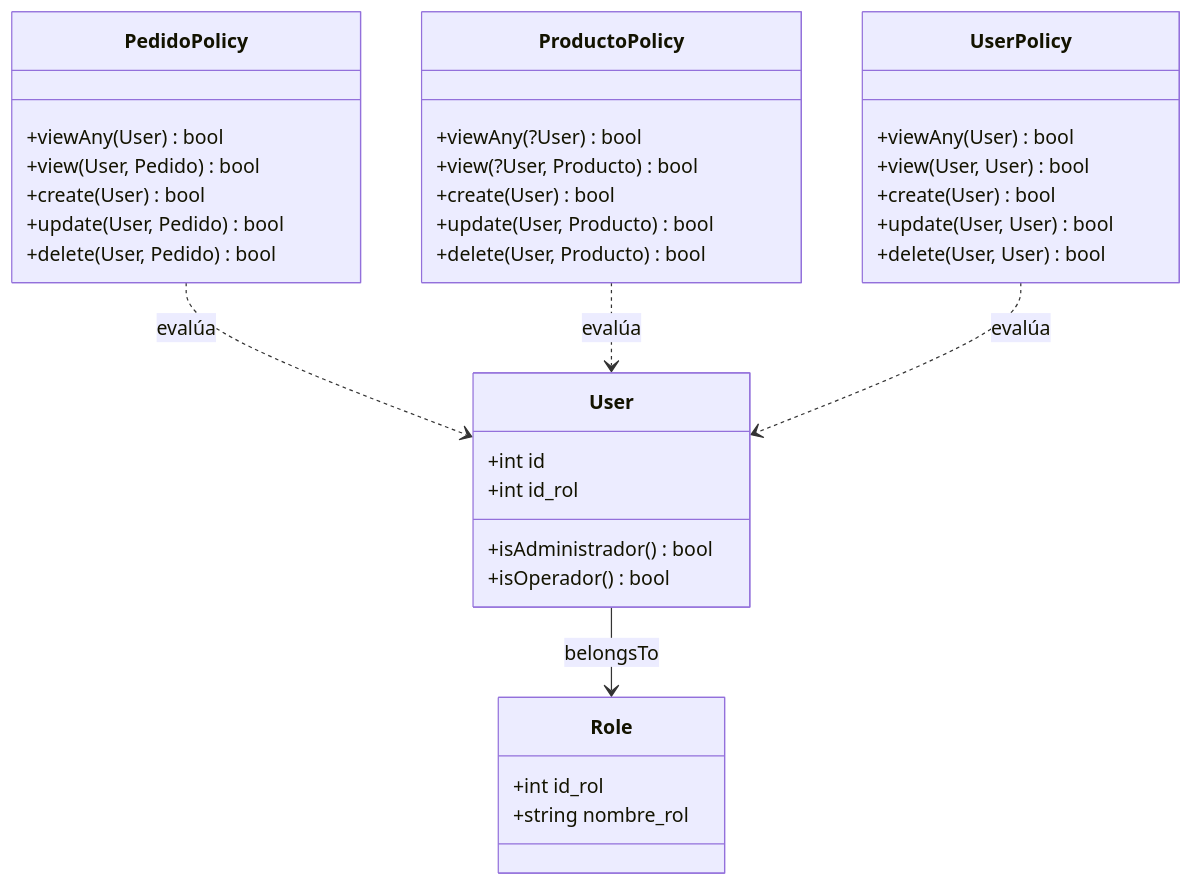
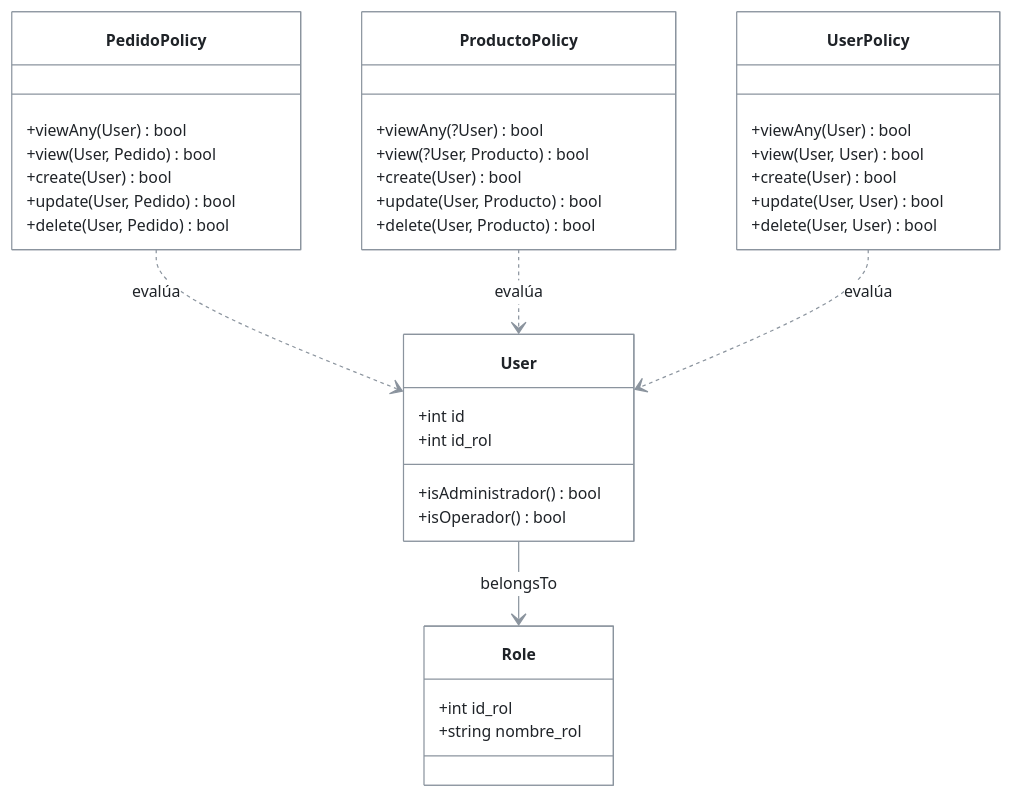
The third of 3 diagrams in 01-arquitectura/topologia-y-patron.md (Ipolari2645/prueba), drawn with Mermaid before and after one commit. The commit also changed other lines of this file and 4 other files, not shown here.

````diff
--- a/01-arquitectura/topologia-y-patron.md
+++ b/01-arquitectura/topologia-y-patron.md
@@ -290,39 +290,40 @@
 ```mermaid
+%%{init: {"theme":"base","themeVariables":{"fontFamily":"Arial, Helvetica, sans-serif","fontSize":"13px","lineColor":"#8b949e","primaryColor":"#ffffff","primaryTextColor":"#1f2328","primaryBorderColor":"#8b949e","classText":"#1f2328"}}}%%
 classDiagram
     class User {
         +int id
         +int id_rol
         +isAdministrador() bool
         +isOperador() bool
     }
     class Role {
         +int id_rol
         +string nombre_rol
     }
     class PedidoPolicy {
         +viewAny(User) bool
         +view(User, Pedido) bool
         +create(User) bool
         +update(User, Pedido) bool
         +delete(User, Pedido) bool
     }
     class ProductoPolicy {
         +viewAny(?User) bool
         +view(?User, Producto) bool
         +create(User) bool
         +update(User, Producto) bool
         +delete(User, Producto) bool
     }
     class UserPolicy {
         +viewAny(User) bool
         +view(User, User) bool
         +create(User) bool
         +update(User, User) bool
         +delete(User, User) bool
     }
 
     User --> Role: belongsTo
     PedidoPolicy ..> User: evalúa
     ProductoPolicy ..> User: evalúa
     UserPolicy ..> User: evalúa
 ```
````
